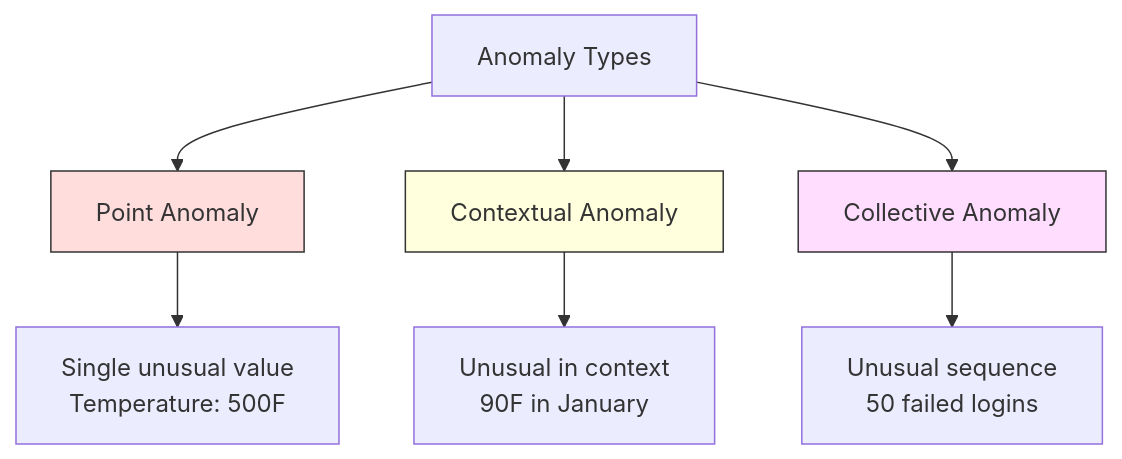
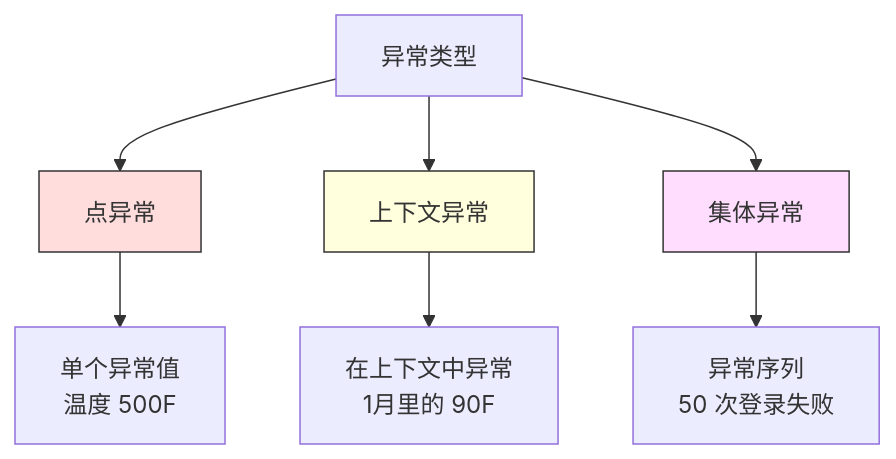
One commit to JerryC8080/ai-engineering-from-scratch-zh changed the first of 3 diagrams in phases/02-ml-fundamentals/16-anomaly-detection/docs/zh.md. Above: the diagram before and after it, drawn with Mermaid. The commit also changed other lines of this file and 156 other files, not shown here.

First line of the commit message:
i18n(zh): translate mermaid diagram labels in 157 lesson zh.md

````diff
--- a/phases/02-ml-fundamentals/16-anomaly-detection/docs/zh.md
+++ b/phases/02-ml-fundamentals/16-anomaly-detection/docs/zh.md
@@ -41,14 +41,14 @@
 ```mermaid
 flowchart TD
-    A[Anomaly Types] --> B[Point Anomaly]
-    A --> C[Contextual Anomaly]
-    A --> D[Collective Anomaly]
+    A[异常类型] --> B[点异常]
+    A --> C[上下文异常]
+    A --> D[集体异常]
 
-    B --> B1["Single unusual value<br/>Temperature: 500F"]
-    C --> C1["Unusual in context<br/>90F in January"]
-    D --> D1["Unusual sequence<br/>50 failed logins"]
+    B --> B1["单个异常值<br/>温度 500F"]
+    C --> C1["在上下文中异常<br/>1月里的 90F"]
+    D --> D1["异常序列<br/>50 次登录失败"]
 
     style B fill:#fdd,stroke:#333
     style C fill:#ffd,stroke:#333
     style D fill:#fdf,stroke:#333
 ```
````
